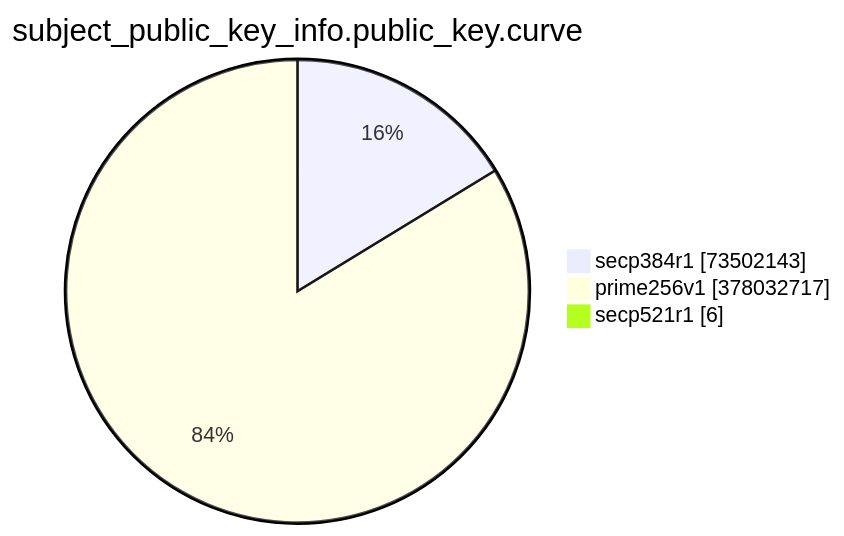
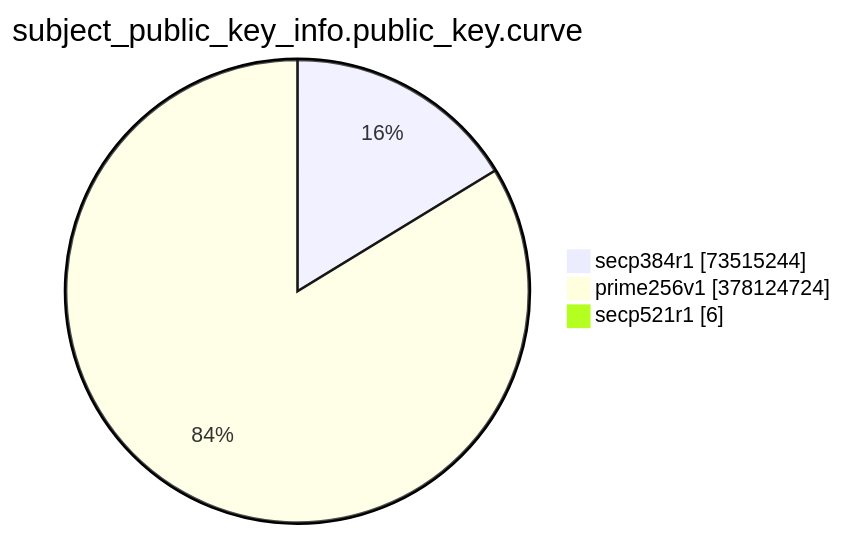
One commit to christiankrug/ctmonitor_visualization changed the eighth of 15 diagrams in TOTAL/README.md. Above: the diagram before and after it, drawn with Mermaid. The commit also changed other lines of this file, not shown here.

````diff
--- a/TOTAL/README.md
+++ b/TOTAL/README.md
@@ -3094,7 +3094,7 @@
 ```mermaid
 pie showData
 title subject_public_key_info.public_key.curve
-"secp384r1" :73502143
-"prime256v1" :378032717
+"secp384r1" :73515244
+"prime256v1" :378124724
 "secp521r1" :6
 ```
````
